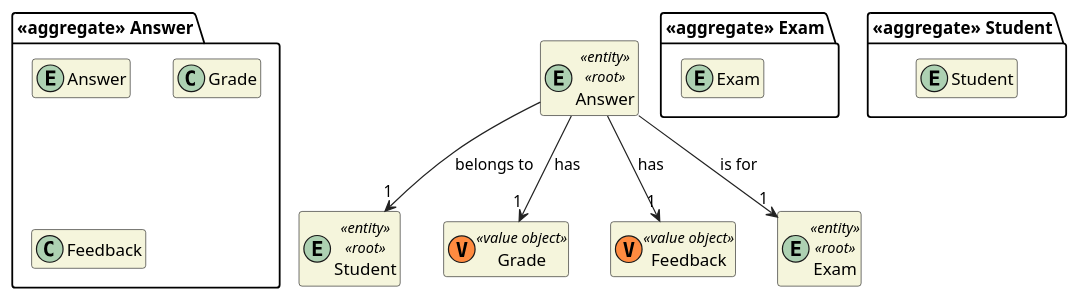
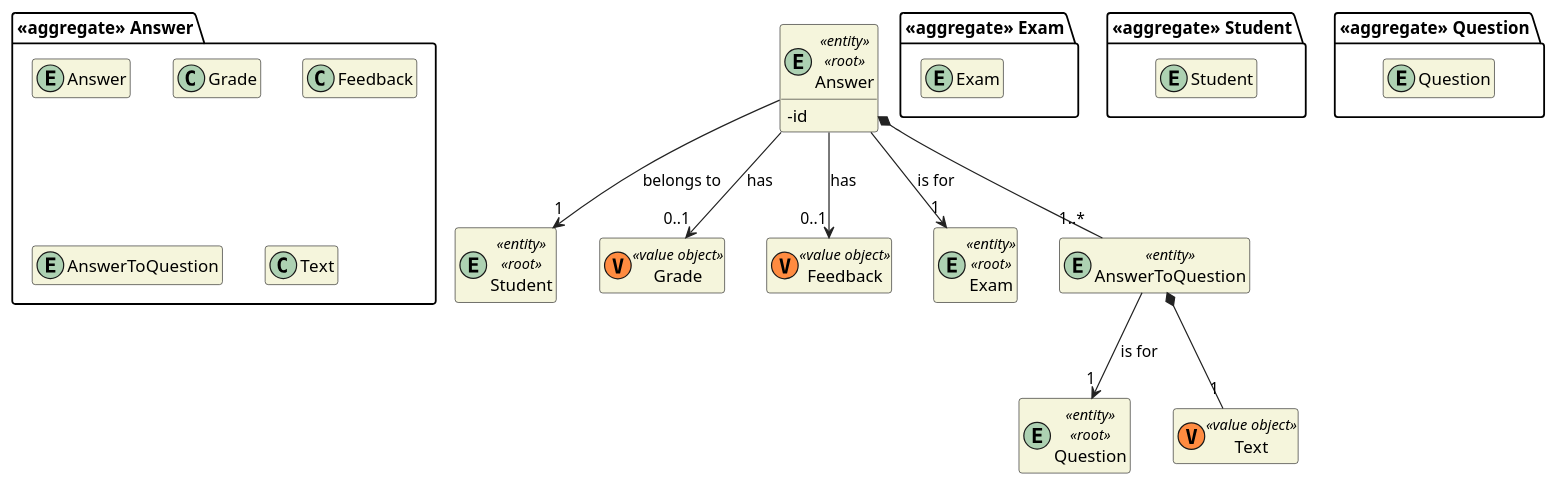
Before and after one commit to miseEnPlace-dev/lapr4: the diagram in docs/dm/DM_Answer.puml, drawn with PlantUML. The commit also changed 12 other files, not shown here.

```diff
--- a/docs/dm/DM_Answer.puml
+++ b/docs/dm/DM_Answer.puml
@@ -1,42 +1,59 @@
 @startuml DM-EXAM
 'https://plantuml.com/class-diagram
 
 skinparam classAttributeIconSize 0
 hide empty attributes
 hide empty methods
 skinparam classBackgroundColor beige
 skinparam ArrowColor #222222
 
 package "<<aggregate>> Exam" {
-    entity Exam
+  entity Exam
 }
 
 package "<<aggregate>> Student" {
-    entity Student
+  entity Student
 }
 
 entity Student <<entity>> <<root>> {
 }
 
+package "<<aggregate>> Question" {
+  entity Question
+}
+
+entity Question <<entity>> <<root>> {
+}
 
 package "<<aggregate>> Answer" {
-    entity Answer
+  entity Answer
 
-    class Grade
-    class Feedback
+  class Grade
+  class Feedback
+
+  entity AnswerToQuestion
+  class Text
 }
 
 entity Answer <<entity>> <<root>> {
+  - id
 }
 
 class Grade <<(V,#FF8B40) value object>> {}
 class Feedback <<(V,#FF8B40) value object>> {}
+class Text <<(V,#FF8B40) value object>> {}
 
 entity Exam <<entity>> <<root>> {}
+entity AnswerToQuestion <<entity>> {}
 
 Answer --> "1" Student : belongs to
 Answer --> "1" Exam : is for
-Answer --> "1" Grade : has
-Answer --> "1" Feedback : has
+Answer --> "0..1" Grade : has
+Answer --> "0..1" Feedback : has
+
+AnswerToQuestion --> "1" Question : is for
+AnswerToQuestion *-- "1" Text
+
+Answer *-- "1..*" AnswerToQuestion
 
 @enduml
```
